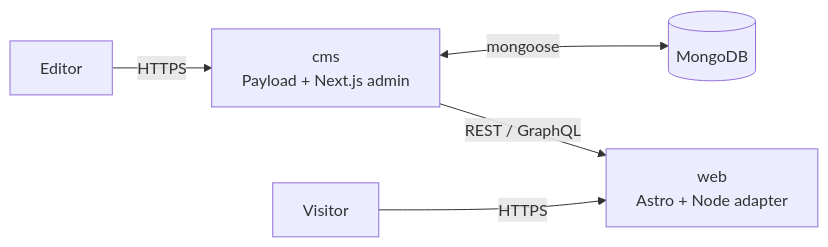
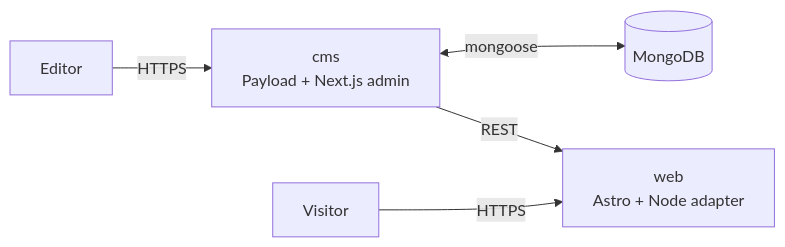
One commit to woerndl/astroload changed the diagram in docs/astroload/architecture.md. Above: the diagram before and after it, drawn with Mermaid. The commit also changed other lines of this file and 6 other files, not shown here.

Commit message:
feat(cms): disable the unused GraphQL endpoint

````diff
--- a/docs/astroload/architecture.md
+++ b/docs/astroload/architecture.md
@@ -16,7 +18,7 @@
 ```mermaid
 flowchart LR
     Editor -->|HTTPS| CMS["cms<br/>Payload + Next.js admin"]
     CMS <-->|mongoose| Mongo[(MongoDB)]
-    CMS -->|REST / GraphQL| Web["web<br/>Astro + Node adapter"]
+    CMS -->|REST| Web["web<br/>Astro + Node adapter"]
     Visitor -->|HTTPS| Web
 ```
````
